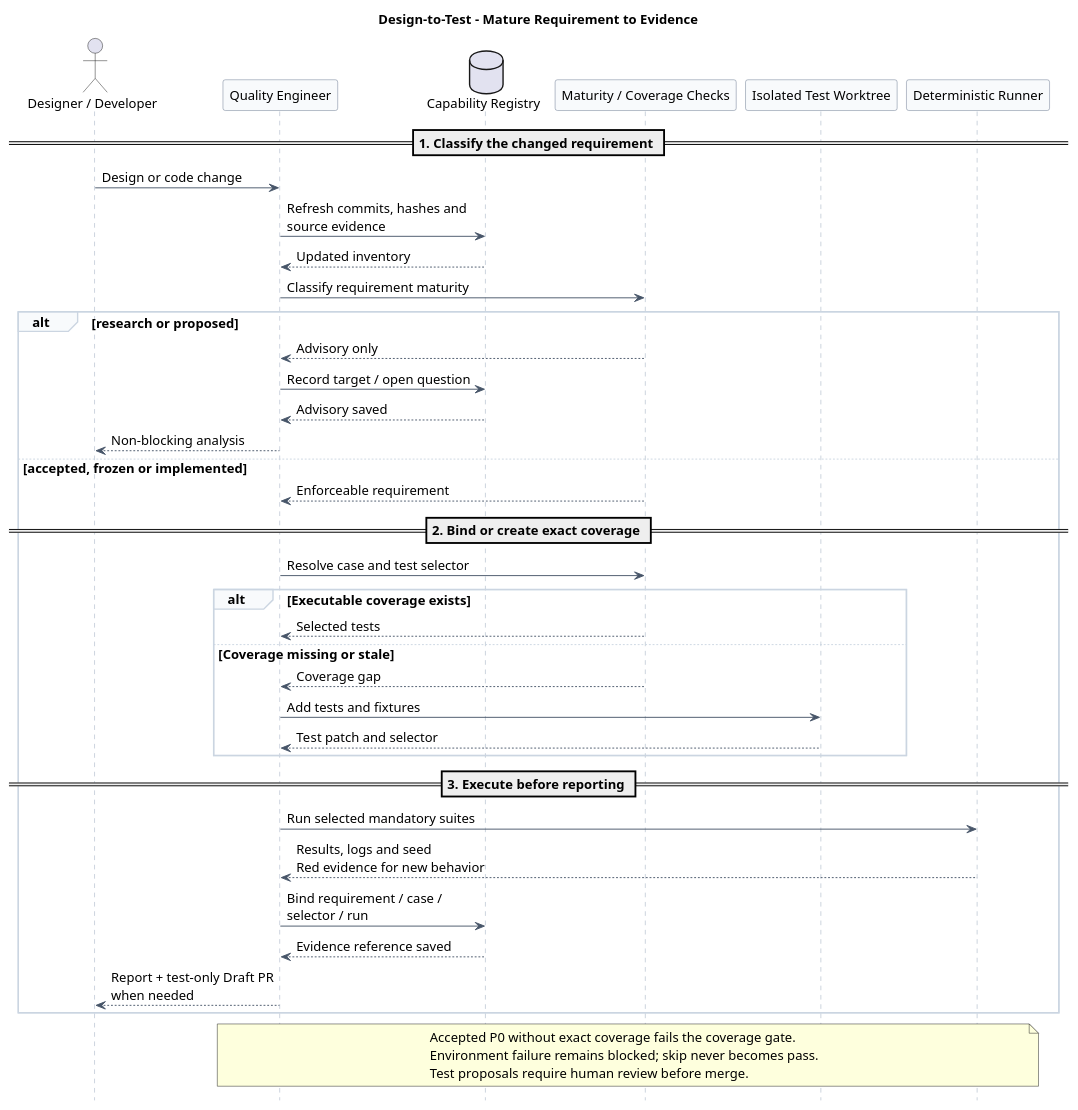
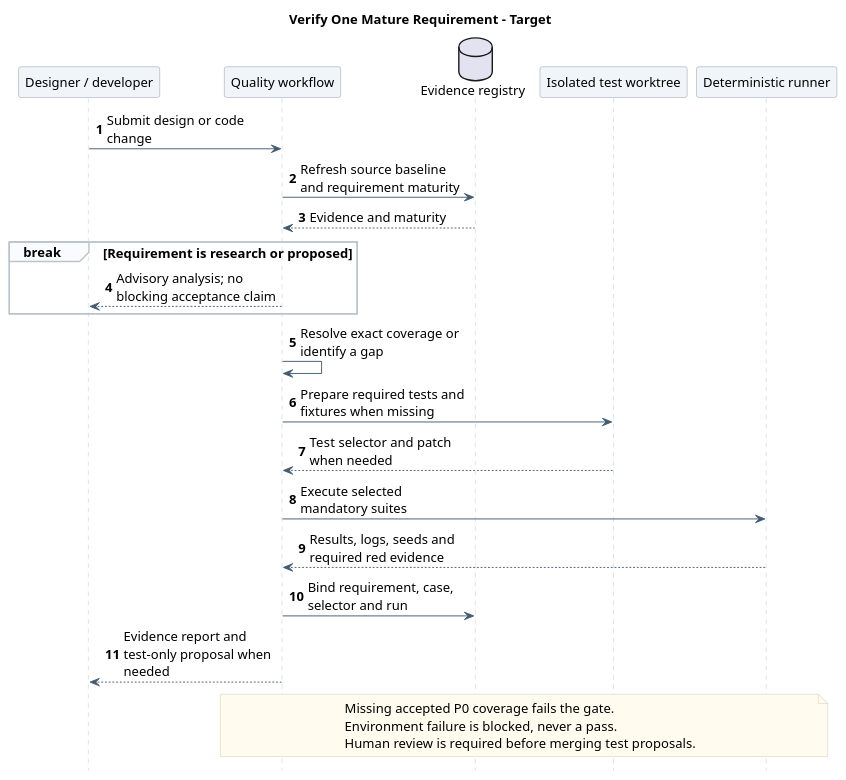
The second of 3 diagrams in 02-服务与接口/05-CampusClaw-TDD测试Agent/diagram.puml (ssm0808/pi-mono-java-design), drawn with PlantUML before and after one commit. The commit also changed 120 other files, not shown here.

Commit message:
docs(diagrams): 统一全仓职责级时序图表达与校验

```diff
--- a/02-服务与接口/05-CampusClaw-TDD测试Agent/diagram.puml
+++ b/02-服务与接口/05-CampusClaw-TDD测试Agent/diagram.puml
@@ -77,69 +77,51 @@
 @startuml design_to_test_maintenance
 ' Design baseline: pi-mono-java-design commit d2b9b4b6f4762e0e9734c144e3eb3273959e7e26.
 ' Code baseline: pi-mono-java commit ae0ae7c164b031afacd862794e8914243913f113.
 ' Design paths: pi-mono-java-manager-driven-multi-agent-runtime/chat-http-v1-design.md and pi-mono-java-tool-system/README.md.
 ' Test paths: modules/coding-agent-cli/src/test/java and modules/agent-core/src/test/java.
 ' Observed behavior: design versions and implementation tests evolve independently and exact requirement-to-test binding is incomplete.
 ' Design reason: mature requirements must create executable red tests before product implementation, while proposals must not block delivery.
 ' Pending implementation: recommended test-platform assembly; implementation evidence remains scoped to the baseline.
+' Presentation: one responsibility-level scenario; implementation details remain in the linked document.
+skinparam backgroundColor white
+skinparam defaultFontName SansSerif
+skinparam defaultFontSize 14
+skinparam shadowing false
+skinparam sequenceMessageAlign left
+skinparam maxMessageSize 180
+skinparam sequenceArrowColor #425B70
+skinparam sequenceLifeLineBorderColor #BAC4CC
+skinparam sequenceParticipantBackgroundColor #F1F5F9
+skinparam sequenceParticipantBorderColor #8496A4
+skinparam sequenceGroupBackgroundColor #FAFBFC
+skinparam sequenceGroupBorderColor #BAC4CC
+skinparam noteBackgroundColor #FFFBEF
+skinparam noteBorderColor #D2C6A5
+hide footbox
+autonumber
 
-skinparam backgroundColor white
-skinparam shadowing false
-skinparam defaultFontName Arial
-skinparam defaultFontSize 14
-skinparam ArrowColor #475569
-hide footbox
-skinparam maxMessageSize 210
-skinparam sequenceMessageAlign left
-skinparam sequence {
-  ParticipantBackgroundColor #F8FAFC
-  ParticipantBorderColor #64748B
-  LifeLineBorderColor #94A3B8
-  GroupBorderColor #CBD5E1
-  GroupBackgroundColor #F8FAFC
-}
-title Design-to-Test - Mature Requirement to Evidence
-actor "Designer / Developer" as Author
-participant "Quality Engineer" as Agent
-database "Capability Registry" as Registry
-participant "Maturity / Coverage Checks" as Gate
-participant "Isolated Test Worktree" as Worktree
-participant "Deterministic Runner" as Runner
-
-== 1. Classify the changed requirement ==
-Author -> Agent : Design or code change
-Agent -> Registry : Refresh commits, hashes and source evidence
-Registry --> Agent : Updated inventory
-Agent -> Gate : Classify requirement maturity
-alt research or proposed
-  Gate --> Agent : Advisory only
-  Agent -> Registry : Record target / open question
-  Registry --> Agent : Advisory saved
-  Agent --> Author : Non-blocking analysis
-else accepted, frozen or implemented
-  Gate --> Agent : Enforceable requirement
-
-  == 2. Bind or create exact coverage ==
-  Agent -> Gate : Resolve case and test selector
-  alt Executable coverage exists
-    Gate --> Agent : Selected tests
-  else Coverage missing or stale
-    Gate --> Agent : Coverage gap
-    Agent -> Worktree : Add tests and fixtures
-    Worktree --> Agent : Test patch and selector
-  end
-
-  == 3. Execute before reporting ==
-  Agent -> Runner : Run selected mandatory suites
-  Runner --> Agent : Results, logs and seed\nRed evidence for new behavior
-  Agent -> Registry : Bind requirement / case / selector / run
-  Registry --> Agent : Evidence reference saved
-  Agent --> Author : Report + test-only Draft PR when needed
+title Verify One Mature Requirement - Target
+participant "Designer / developer" as Author
+participant "Quality workflow" as Agent
+database "Evidence registry" as Registry
+participant "Isolated test worktree" as Worktree
+participant "Deterministic runner" as Runner
+Author -> Agent : Submit design or code change
+Agent -> Registry : Refresh source baseline and requirement maturity
+Registry --> Agent : Evidence and maturity
+break Requirement is research or proposed
+  Agent --> Author : Advisory analysis; no blocking acceptance claim
 end
-
+Agent -> Agent : Resolve exact coverage or identify a gap
+Agent -> Worktree : Prepare required tests and fixtures when missing
+Worktree --> Agent : Test selector and patch when needed
+Agent -> Runner : Execute selected mandatory suites
+Runner --> Agent : Results, logs, seeds and required red evidence
+Agent -> Registry : Bind requirement, case, selector and run
+Agent --> Author : Evidence report and test-only proposal when needed
 note over Agent,Runner
-Accepted P0 without exact coverage fails the coverage gate.
-Environment failure remains blocked; skip never becomes pass.
-Test proposals require human review before merge.
+  Missing accepted P0 coverage fails the gate.
+  Environment failure is blocked, never a pass.
+  Human review is required before merging test proposals.
 end note
 @enduml
```
